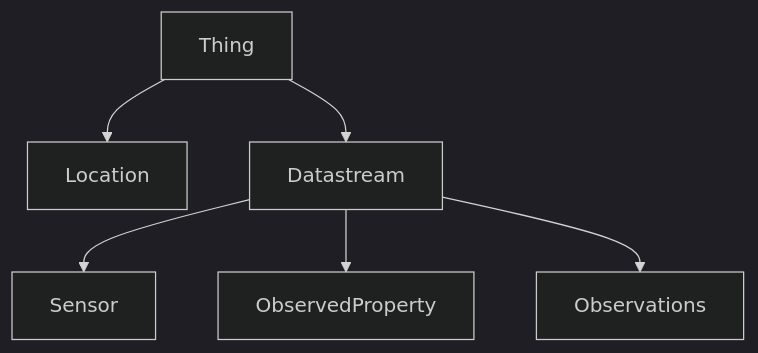
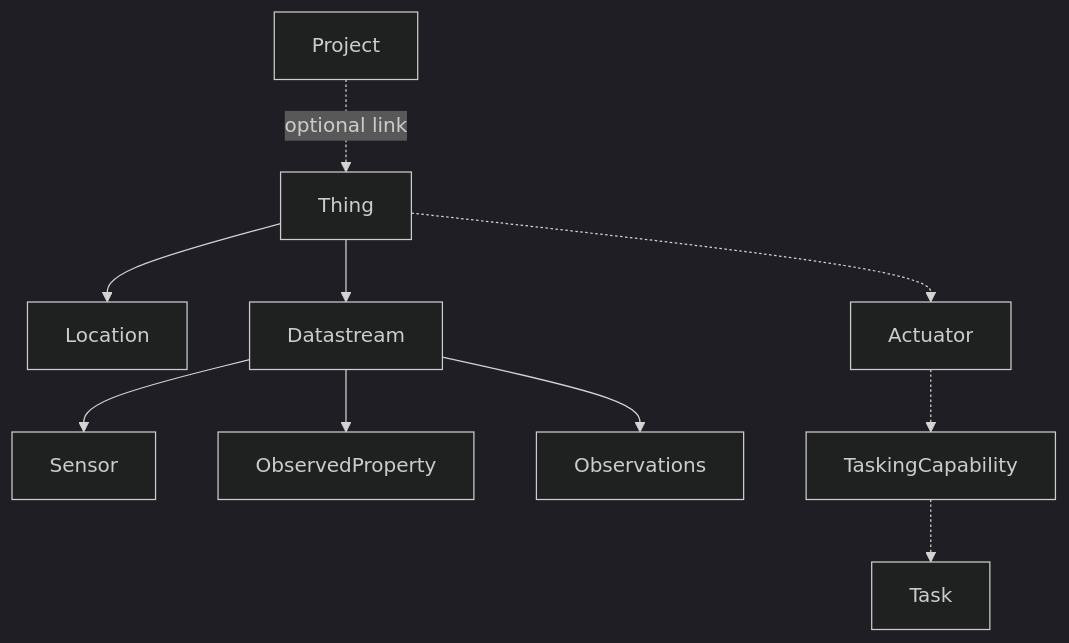
The second of 2 diagrams in docs/ARCHITECTURE_DIAGRAM.md (Geo-insights/sensorthings-testbed-connector), drawn with Mermaid (dark theme) before and after one commit. The commit also changed other lines of this file and 11 other files, not shown here.

````diff
--- a/docs/ARCHITECTURE_DIAGRAM.md
+++ b/docs/ARCHITECTURE_DIAGRAM.md
@@ -15,8 +46,12 @@
 ```mermaid
 flowchart TD
-    Thing[Thing] --> Location[Location]
-    Thing --> Datastream[Datastream]
-    Datastream --> Sensor[Sensor]
-    Datastream --> ObservedProperty[ObservedProperty]
-    Datastream --> Observations[Observations]
+    Project[Project] -.->|optional link| Thing
+    Thing --> Location
+    Thing --> Datastream
+    Datastream --> Sensor
+    Datastream --> ObservedProperty
+    Datastream --> Observations
+    Thing -.-> Actuator
+    Actuator -.-> TaskingCapability
+    TaskingCapability -.-> Task
 ```
````
